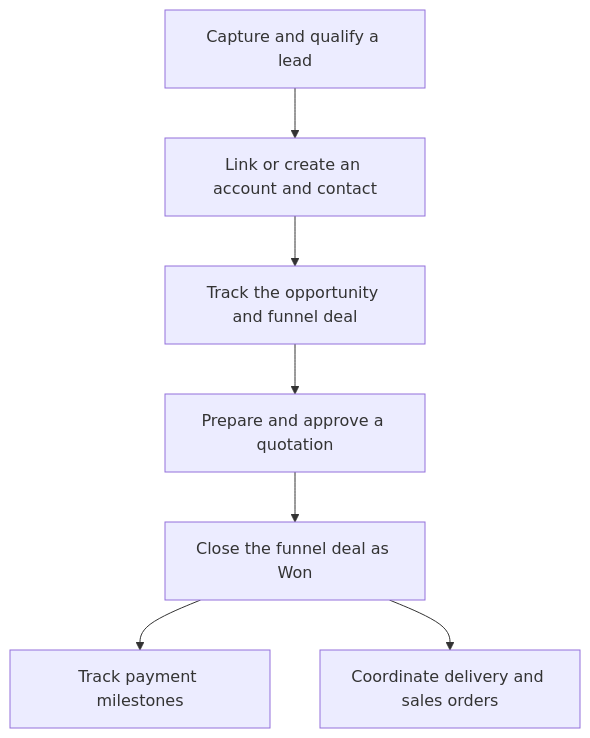
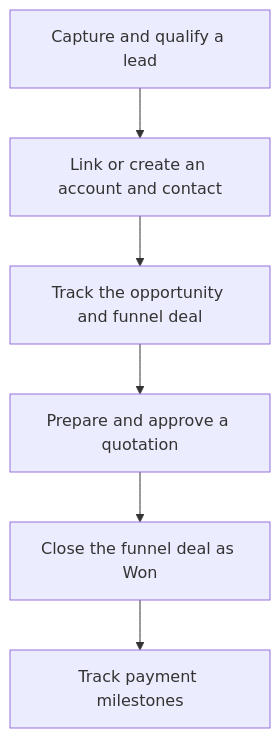
The diagram in docs/user-guide/README.md (Super-ERP/crm-v2), drawn with Mermaid before and after one commit. The commit also changed other lines of this file and 18 other files, not shown here.

````diff
--- a/docs/user-guide/README.md
+++ b/docs/user-guide/README.md
@@ -48,9 +48,8 @@
 ```mermaid
 flowchart TD
     L["Capture and qualify a lead"] --> A["Link or create an account and contact"]
     A --> F["Track the opportunity and funnel deal"]
     F --> Q["Prepare and approve a quotation"]
     Q --> W["Close the funnel deal as Won"]
     W --> M["Track payment milestones"]
-    W --> P["Coordinate delivery and sales orders"]
 ```
````
